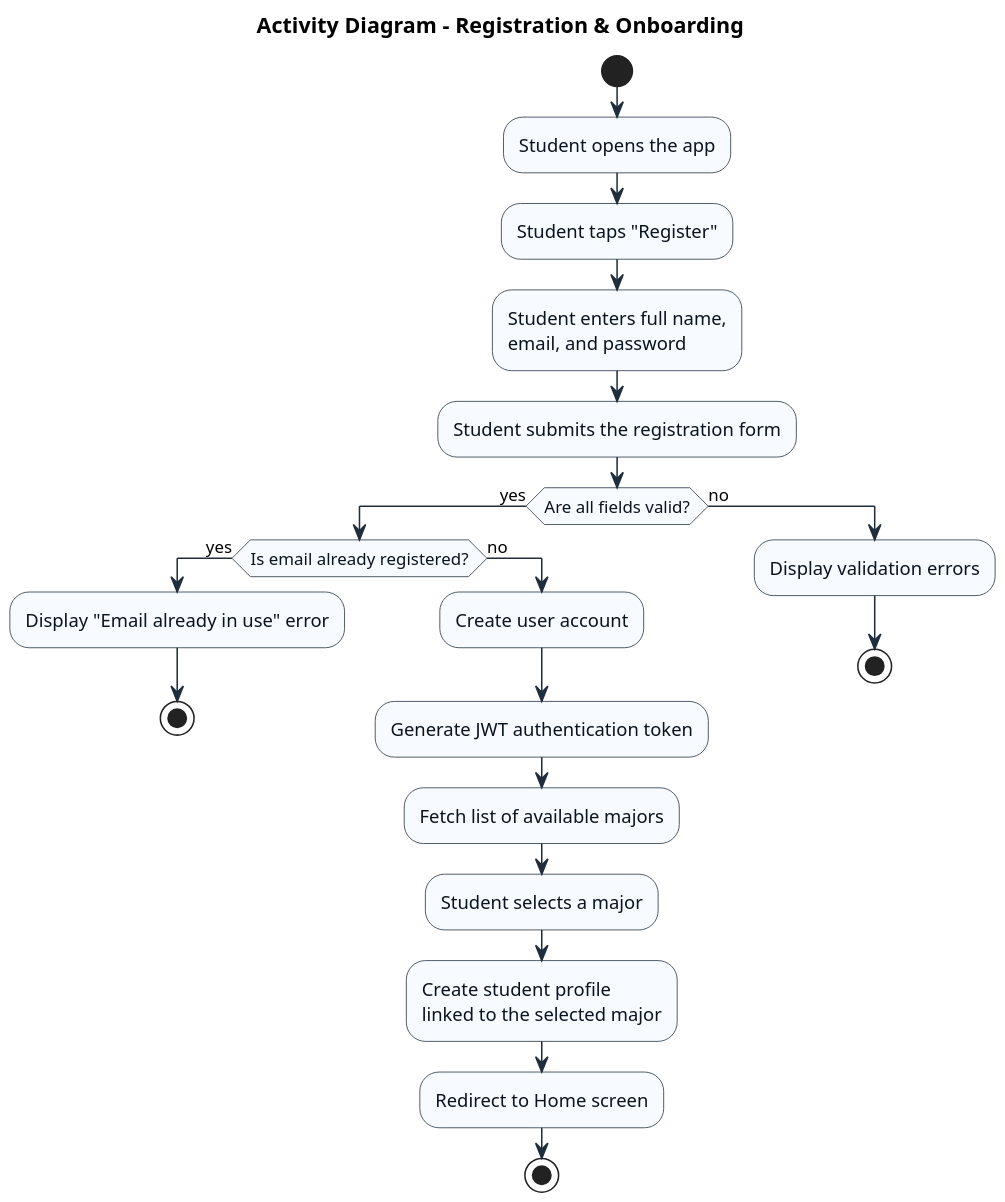
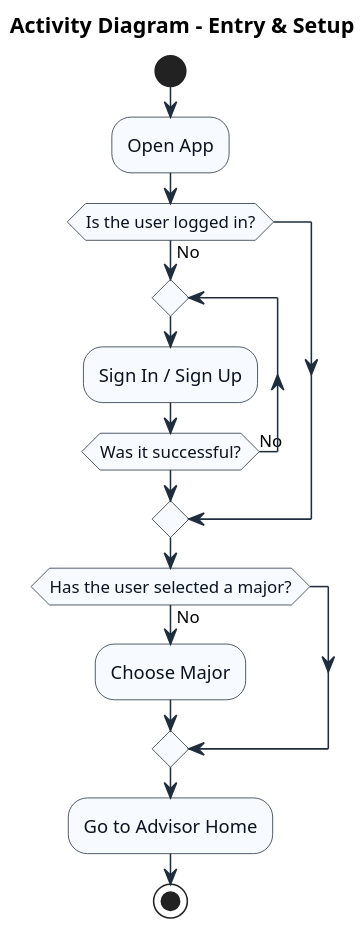
The first of 4 diagrams in docs/activity-diagrams.md (idrisaltamimi/smart-advisor), drawn with PlantUML before and after one commit. The commit also changed other lines of this file, not shown here.

Commit message:
added activity diagrams

````diff
--- a/docs/activity-diagrams.md
+++ b/docs/activity-diagrams.md
@@ -18,51 +18,31 @@
 ```plantuml
 @startuml
 skinparam shadowing false
 skinparam dpi 160
 skinparam ActivityBackgroundColor #F7FBFF
 skinparam ActivityBorderColor #1F2D3D
 skinparam ActivityFontColor #0B1220
 skinparam ArrowColor #1F2D3D
 skinparam ActivityDiamondBackgroundColor #F7FBFF
 skinparam ActivityDiamondBorderColor #1F2D3D
 
-title Activity Diagram – Registration & Onboarding
+title Activity Diagram – Entry & Setup
 
 start
+:Open App;
 
-:Student opens the app;
+if (Is the user logged in?) then (No)
+  repeat
+    :Sign In / Sign Up;
+  repeat while (Was it successful?) is (No)
+endif
 
-:Student taps "Register";
+if (Has the user selected a major?) then (No)
+  :Choose Major;
+endif
 
-:Student enters full name,
-email, and password;
-
-:Student submits the registration form;
-
-if (Are all fields valid?) then (yes)
-
-  if (Is email already registered?) then (yes)
-    :Display "Email already in use" error;
-    stop
-  else (no)
-    :Create user account;
-    :Generate JWT authentication token;
-
-    :Fetch list of available majors;
-
-    :Student selects a major;
-
-    :Create student profile
-    linked to the selected major;
-
-    :Redirect to Home screen;
-    stop
-  endif
-
-else (no)
-  :Display validation errors;
-  stop
-endif
+:Go to Advisor Home;
+stop
 
 @enduml
 ```
````
